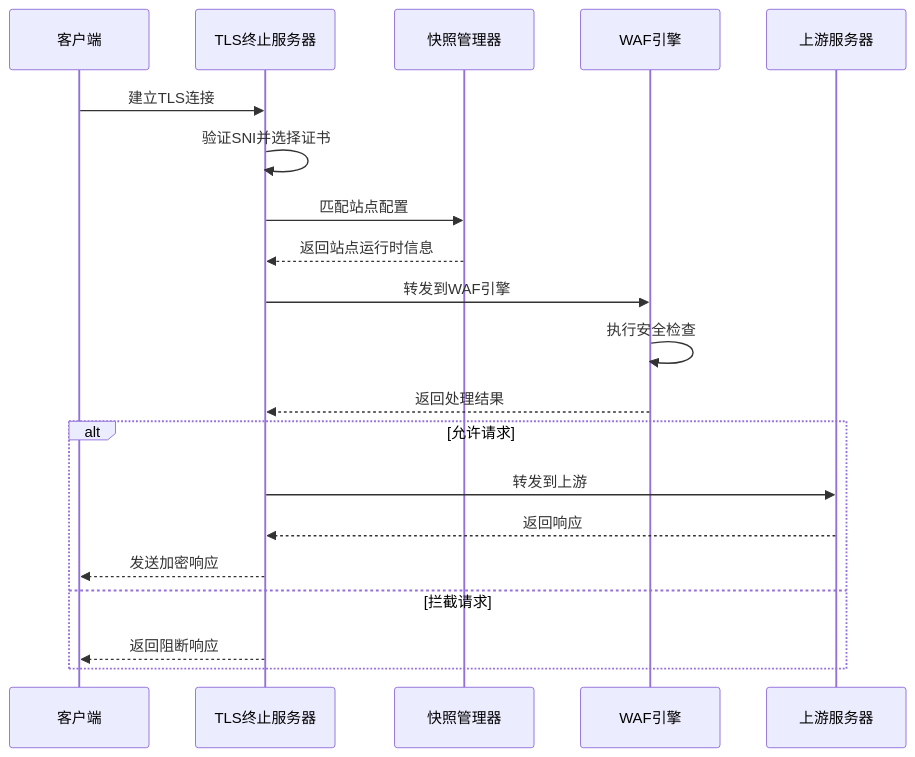
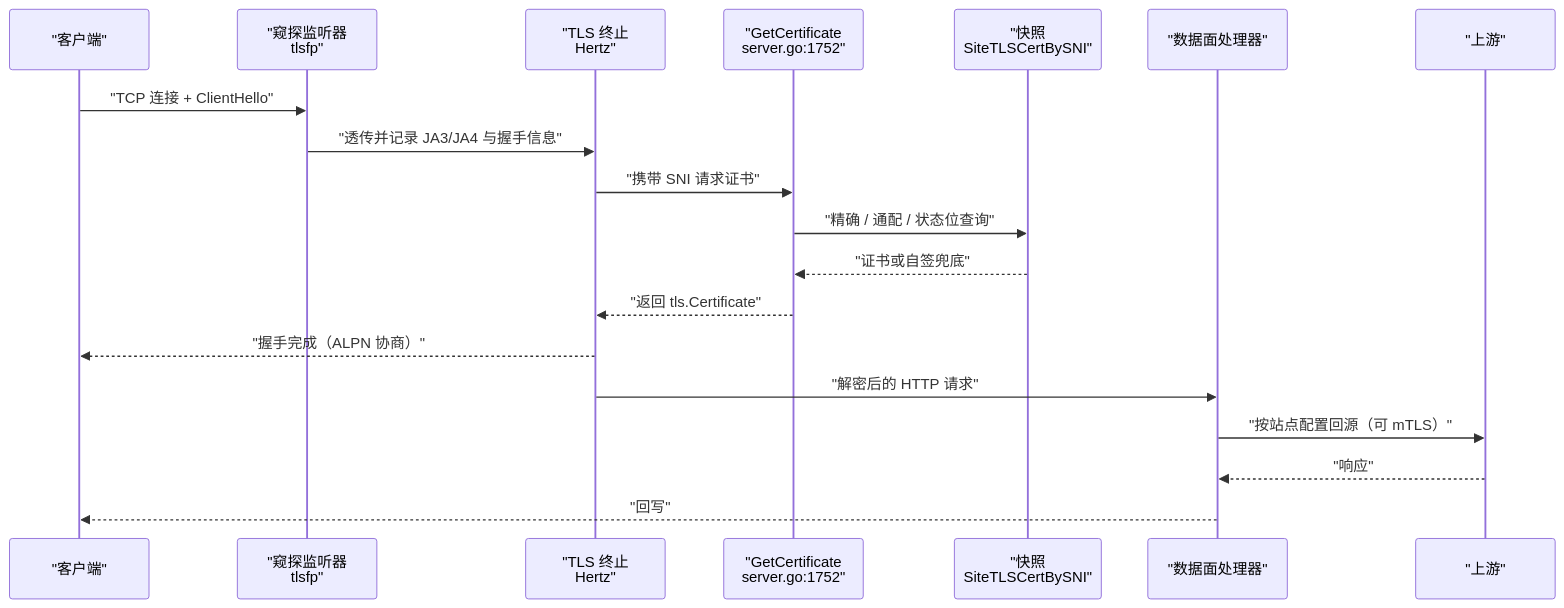
One commit to x01n/My-OpenWaf changed the second of 9 diagrams in docs/数据平面处理/TLS 终止与证书管理.md. Above: the diagram before and after it, drawn with Mermaid. The commit also changed other lines of this file and 622 other files, not shown here.

````diff
--- a/docs/数据平面处理/TLS 终止与证书管理.md
+++ b/docs/数据平面处理/TLS 终止与证书管理.md
@@ -91,22 +173,21 @@
 ```mermaid
 sequenceDiagram
-participant Client as 客户端
-participant Server as TLS终止服务器
-participant Snapshot as 快照管理器
-participant Engine as WAF引擎
-participant Upstream as 上游服务器
-Client->>Server : 建立TLS连接
-Server->>Server : 验证SNI并选择证书
-Server->>Snapshot : 匹配站点配置
-Snapshot-->>Server : 返回站点运行时信息
-Server->>Engine : 转发到WAF引擎
-Engine->>Engine : 执行安全检查
-Engine-->>Server : 返回处理结果
-alt 允许请求
-Server->>Upstream : 转发到上游
-Upstream-->>Server : 返回响应
-Server-->>Client : 发送加密响应
-else 拦截请求
-Server-->>Client : 返回阻断响应
-end
+participant Client as "客户端"
+participant TCP as "窥探监听器<br/>tlsfp"
+participant TLS as "TLS 终止<br/>Hertz"
+participant Cert as "GetCertificate<br/>server.go:1752"
+participant Snap as "快照<br/>SiteTLSCertBySNI"
+participant DP as "数据面处理器"
+participant Up as "上游"
+Client->>TCP : "TCP 连接 + ClientHello"
+TCP->>TLS : "透传并记录 JA3/JA4 与握手信息"
+TLS->>Cert : "携带 SNI 请求证书"
+Cert->>Snap : "精确 / 通配 / 状态位查询"
+Snap-->>Cert : "证书或自签兜底"
+Cert-->>TLS : "返回 tls.Certificate"
+TLS-->>Client : "握手完成（ALPN 协商）"
+TLS->>DP : "解密后的 HTTP 请求"
+DP->>Up : "按站点配置回源（可 mTLS）"
+Up-->>DP : "响应"
+DP-->>Client : "回写"
 ```
````
